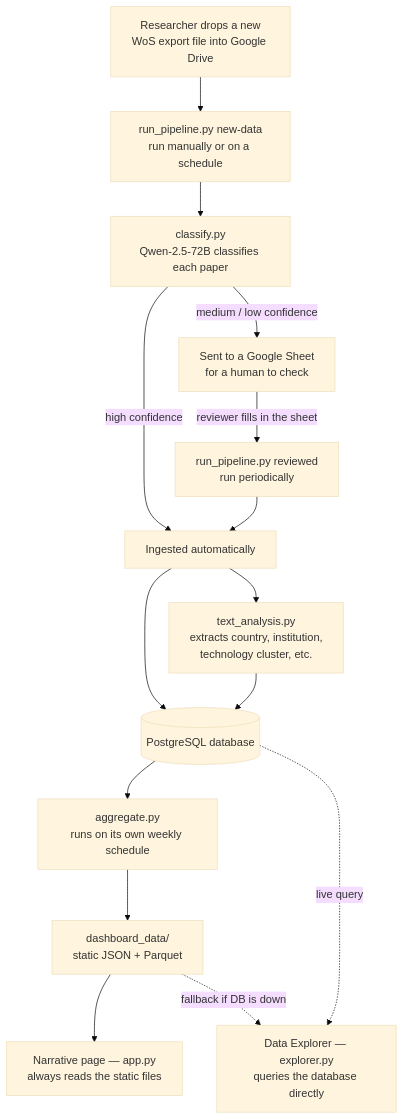
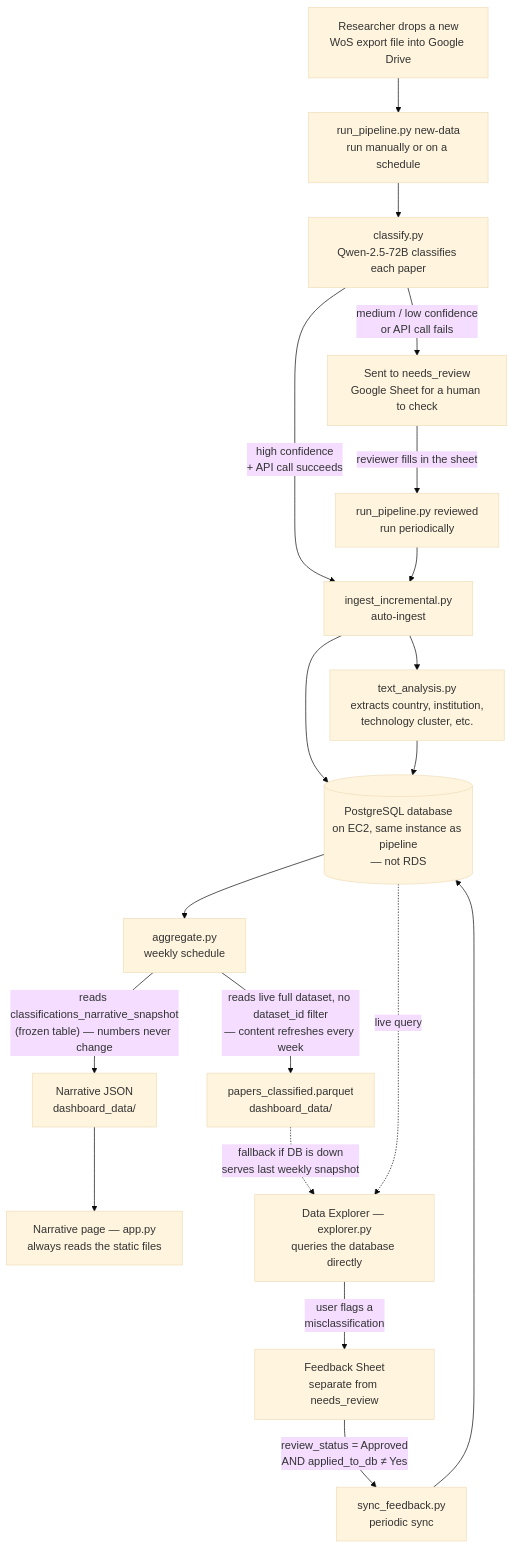
One commit to zhengyangl/Meco_Research_Platform_Production changed the first of 2 diagrams in docs/architecture.md. Above: the diagram before and after it, drawn with Mermaid (base theme).

Commit message:
Revise architecture diagram for clarity
Updated flowchart to clarify data ingestion and review process.

````diff
--- a/docs/architecture.md
+++ b/docs/architecture.md
@@ -25,17 +25,21 @@
 ```mermaid
 flowchart TD
     A[Researcher drops a new<br/>WoS export file into Google Drive] --> B["run_pipeline.py new-data"<br/>run manually or on a schedule]
     B --> C[classify.py<br/>Qwen-2.5-72B classifies each paper]
-    C -->|high confidence| D[Ingested automatically]
-    C -->|medium / low confidence| E[Sent to a Google Sheet<br/>for a human to check]
+    C -->|high confidence<br/>+ API call succeeds| D[ingest_incremental.py<br/>auto-ingest]
+    C -->|medium / low confidence<br/>or API call fails| E[Sent to needs_review<br/>Google Sheet for a human to check]
     E -->|reviewer fills in the sheet| F["run_pipeline.py reviewed"<br/>run periodically]
     F --> D
-    D --> G[(PostgreSQL database)]
+    D --> G[(PostgreSQL database<br/>on EC2, same instance as pipeline<br/>— not RDS)]
     D --> H[text_analysis.py<br/>extracts country, institution,<br/>technology cluster, etc.]
     H --> G
-    G --> I[aggregate.py<br/>runs on its own weekly schedule]
-    I --> J[dashboard_data/<br/>static JSON + Parquet]
-    J --> K[Narrative page — app.py<br/>always reads the static files]
+    G --> I["aggregate.py<br/>weekly schedule"]
+    I -->|"reads classifications_narrative_snapshot<br/>(frozen table) — numbers never change"| J1[Narrative JSON<br/>dashboard_data/]
+    I -->|"reads live full dataset, no dataset_id filter<br/>— content refreshes every week"| J2[papers_classified.parquet<br/>dashboard_data/]
+    J1 --> K[Narrative page — app.py<br/>always reads the static files]
     G -.live query.-> L[Data Explorer — explorer.py<br/>queries the database directly]
-    J -.fallback if DB is down.-> L
+    J2 -.fallback if DB is down<br/>serves last weekly snapshot.-> L
+    L -->|user flags a<br/>misclassification| M[Feedback Sheet<br/>separate from needs_review]
+    M -->|"review_status = Approved<br/>AND applied_to_db ≠ Yes"| N[sync_feedback.py<br/>periodic sync]
+    N --> G
 ```
````
